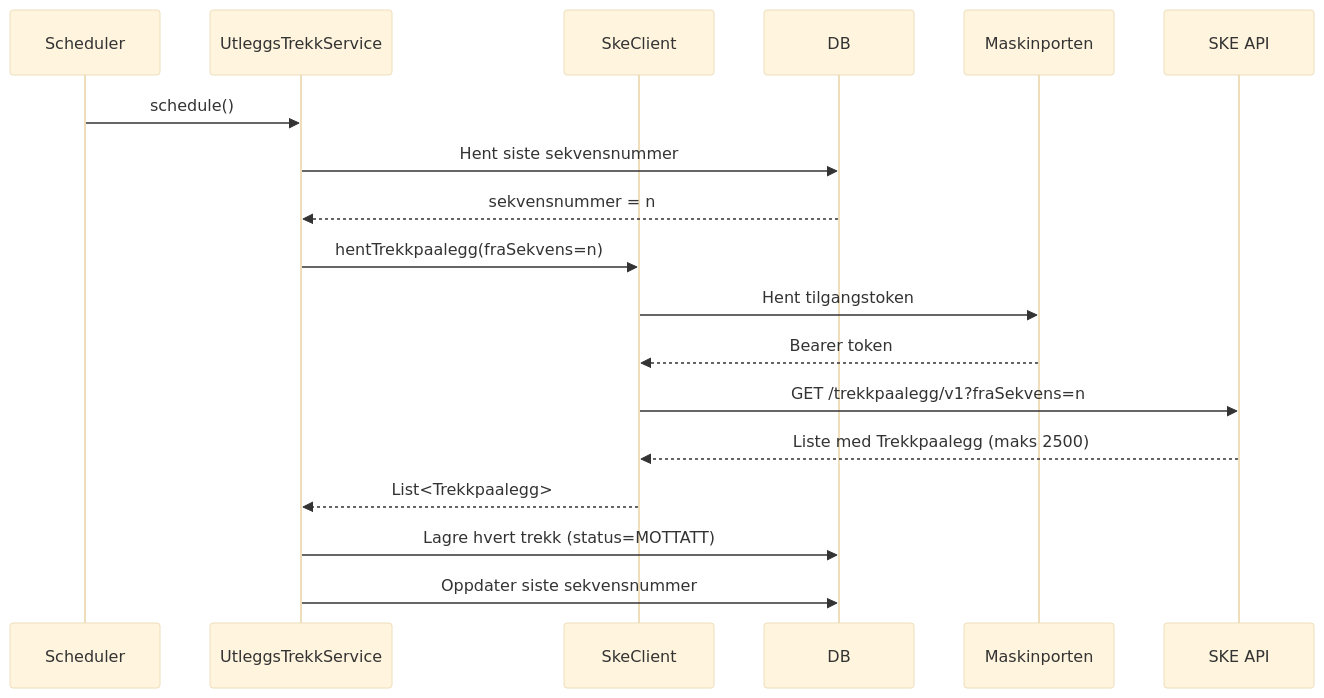
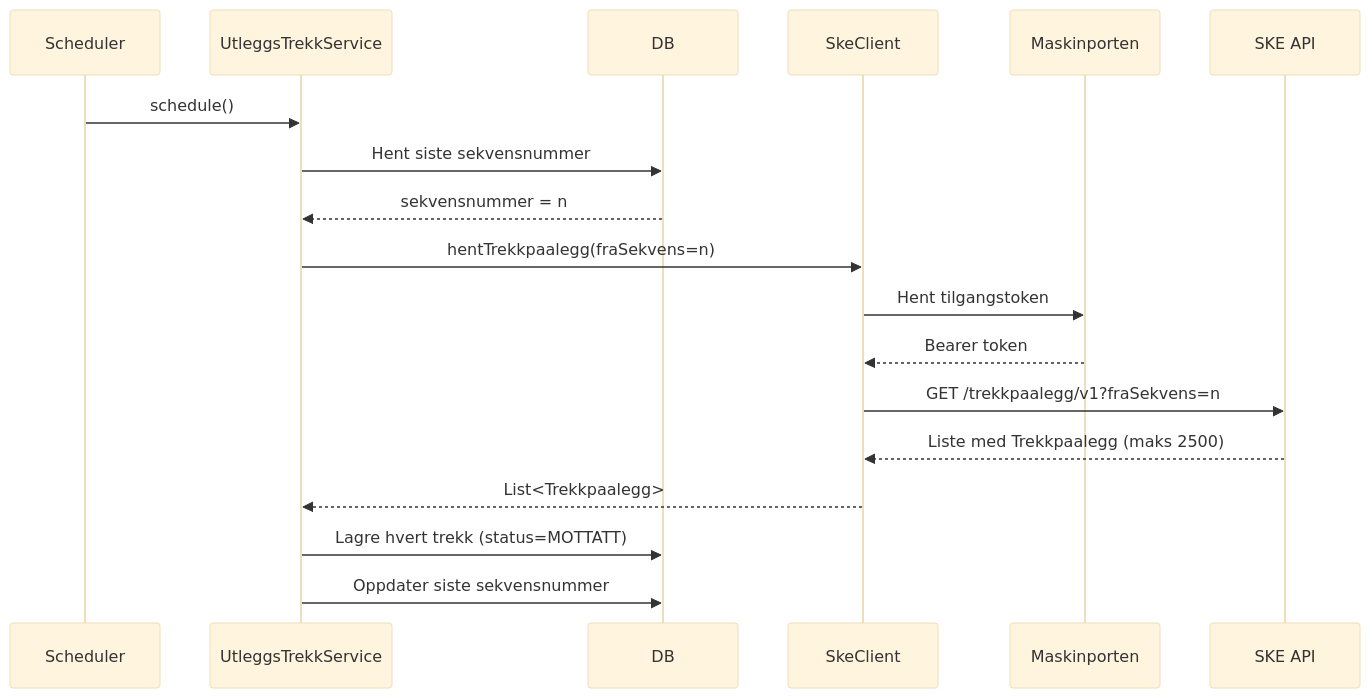
The first of 4 diagrams in dokumentasjon/detaljert/flyt.md (navikt/sokos-utleggstrekk), drawn with Mermaid (base theme) before and after one commit. The commit also changed other lines of this file and 3 other files, not shown here.

````diff
--- a/dokumentasjon/detaljert/flyt.md
+++ b/dokumentasjon/detaljert/flyt.md
@@ -28,19 +13,19 @@
 ```mermaid
 sequenceDiagram
     participant Scheduler
     participant UtleggsTrekkService
+    participant DB
     participant SkeClient
-    participant DB
 
     Scheduler->>UtleggsTrekkService: schedule()
     UtleggsTrekkService->>DB: Hent siste sekvensnummer
     DB-->>UtleggsTrekkService: sekvensnummer = n
     UtleggsTrekkService->>SkeClient: hentTrekkpaalegg(fraSekvens=n)
     SkeClient->>Maskinporten: Hent tilgangstoken
     Maskinporten-->>SkeClient: Bearer token
     SkeClient->>SKE API: GET /trekkpaalegg/v1?fraSekvens=n
     SKE API-->>SkeClient: Liste med Trekkpaalegg (maks 2500)
     SkeClient-->>UtleggsTrekkService: List<Trekkpaalegg>
     UtleggsTrekkService->>DB: Lagre hvert trekk (status=MOTTATT)
     UtleggsTrekkService->>DB: Oppdater siste sekvensnummer
 ```
````
